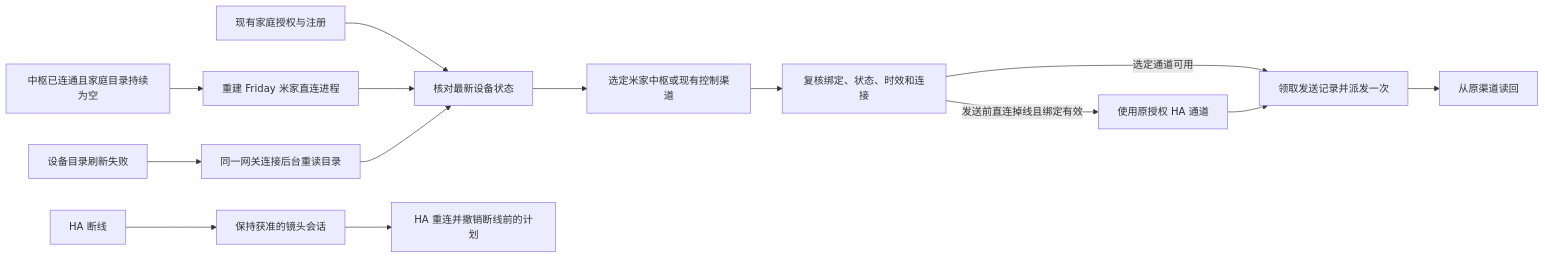
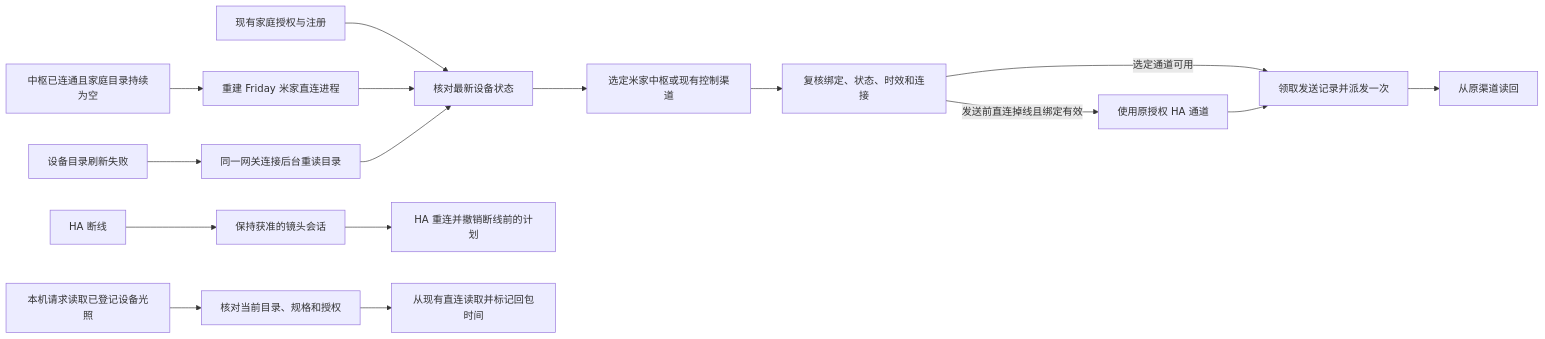
One commit to Geeprox/Friday changed the third of 38 diagrams in docs/architecture.md. Above: the diagram before and after it, drawn with Mermaid. The commit also changed other lines of this file and 7 other files, not shown here.

````diff
--- a/docs/architecture.md
+++ b/docs/architecture.md
@@ -95,16 +99,18 @@
 ```mermaid
 flowchart LR
   A[现有家庭授权与注册] --> B[核对最新设备状态]
   B --> C[选定米家中枢或现有控制渠道]
   C --> M[复核绑定、状态、时效和连接]
   M -->|发送前直连掉线且绑定有效| N[使用原授权 HA 通道]
   M -->|选定通道可用| D[领取发送记录并派发一次]
   N --> D
   D --> E[从原渠道读回]
   F[HA 断线] --> G[保持获准的镜头会话]
   G --> H[HA 重连并撤销断线前的计划]
   I[中枢已连通且家庭目录持续为空] --> J[重建 Friday 米家直连进程]
   J --> B
   K[设备目录刷新失败] --> L[同一网关连接后台重读目录]
   L --> B
+  O[本机请求读取已登记设备光照] --> P[核对当前目录、规格和授权]
+  P --> Q[从现有直连读取并标记回包时间]
 ```
````
